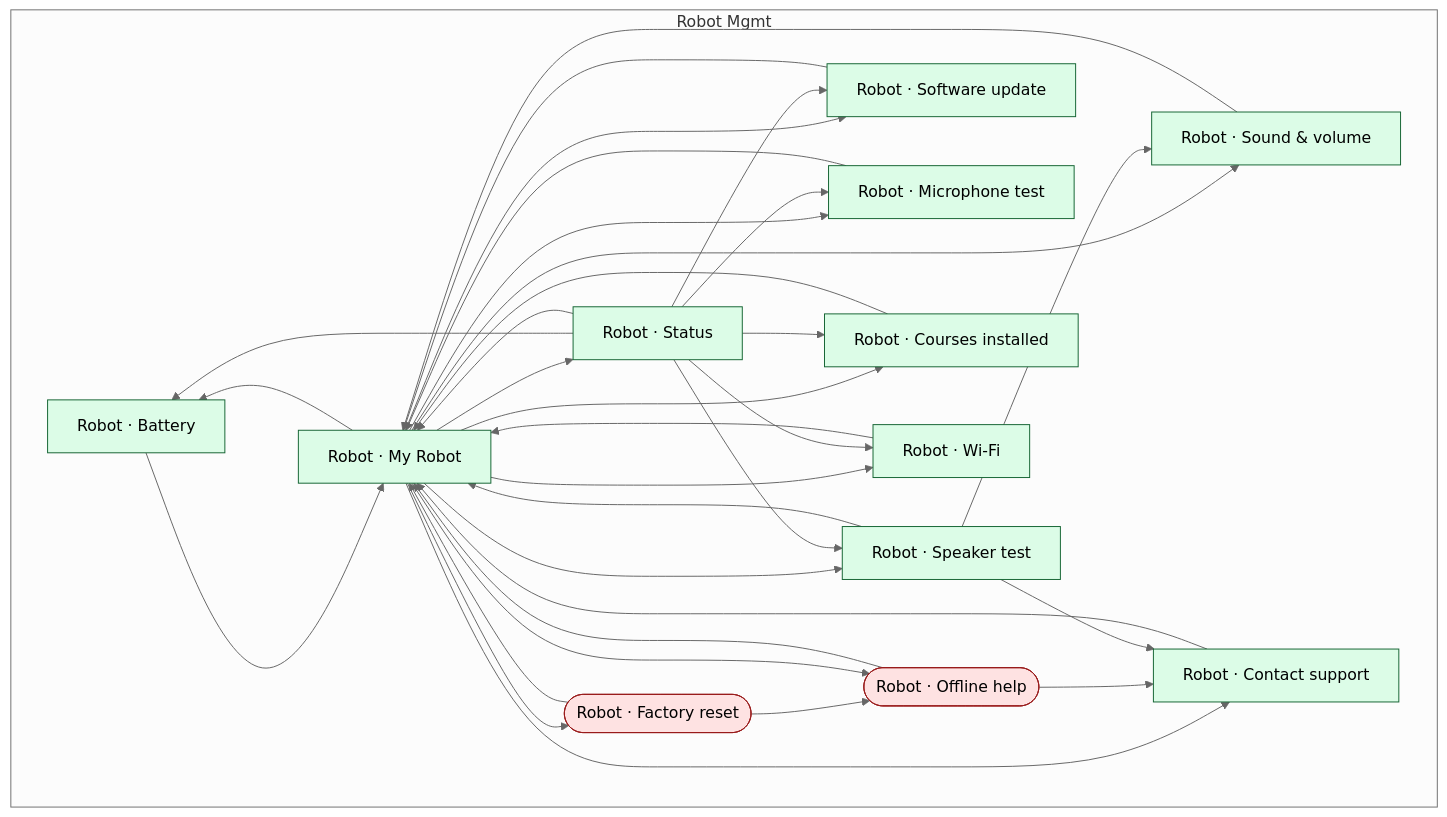
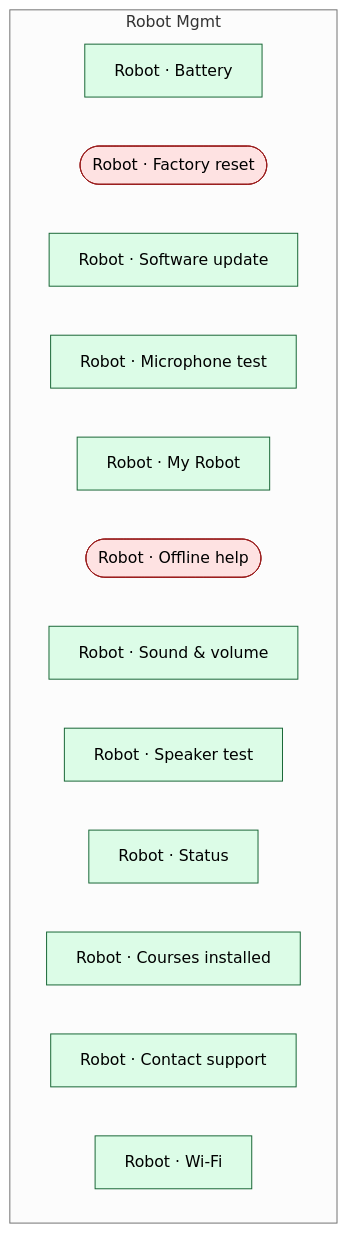
Before and after one commit to JSR-Algo/TJBOT-Mobile: the diagram in tbot-design/docs/flows/domains/robot-mgmt/flow.generated.mmd, drawn with Mermaid (neutral theme). The commit also changed 945 other files, not shown here.

```diff
--- a/tbot-design/docs/flows/domains/robot-mgmt/flow.generated.mmd
+++ b/tbot-design/docs/flows/domains/robot-mgmt/flow.generated.mmd
@@ -1,57 +1,21 @@
-%% GENERATED FROM nav-graph-data.json sha=a64610b0bee3. Do not edit by hand.
+%% GENERATED FROM nav-graph-data.json sha=99252d49ba12. Do not edit by hand.
 %% domain: robot-mgmt
 flowchart TD
   classDef happy fill:#dcfce7,stroke:#166534
   classDef edge  fill:#fee2e2,stroke:#991b1b
   subgraph Robot_Mgmt["Robot Mgmt"]
     rm_battery["Robot · Battery"]
     rm_factory(["Robot · Factory reset"])
     rm_firmware["Robot · Software update"]
     rm_mic_test["Robot · Microphone test"]
     rm_my_robot["Robot · My Robot"]
     rm_offline_help(["Robot · Offline help"])
     rm_sound["Robot · Sound & volume"]
     rm_speaker_test["Robot · Speaker test"]
     rm_status["Robot · Status"]
     rm_storage["Robot · Courses installed"]
     rm_support["Robot · Contact support"]
     rm_wifi["Robot · Wi-Fi"]
   end
-  rm_battery --> rm_my_robot
-  rm_factory --> rm_my_robot
-  rm_factory --> rm_offline_help
-  rm_firmware --> rm_my_robot
-  rm_mic_test --> rm_my_robot
-  rm_my_robot --> rm_battery
-  rm_my_robot --> rm_factory
-  rm_my_robot --> rm_firmware
-  rm_my_robot --> rm_mic_test
-  rm_my_robot --> rm_offline_help
-  rm_my_robot --> rm_sound
-  rm_my_robot --> rm_speaker_test
-  rm_my_robot --> rm_status
-  rm_my_robot --> rm_storage
-  rm_my_robot --> rm_support
-  rm_my_robot --> rm_wifi
-  rm_offline_help --> rm_my_robot
-  rm_offline_help --> rm_support
-  rm_sound --> rm_my_robot
-  rm_speaker_test --> rm_my_robot
-  rm_speaker_test --> rm_sound
-  rm_speaker_test --> rm_support
-  rm_status --> rm_battery
-  rm_status --> rm_firmware
-  rm_status --> rm_mic_test
-  rm_status --> rm_my_robot
-  rm_status --> rm_speaker_test
-  rm_status --> rm_storage
-  rm_status --> rm_wifi
-  rm_storage --> rm_my_robot
-  rm_support --> rm_my_robot
-  rm_wifi --> rm_my_robot
   class rm_battery,rm_firmware,rm_mic_test,rm_my_robot,rm_sound,rm_speaker_test,rm_status,rm_storage,rm_support,rm_wifi happy
   class rm_factory,rm_offline_help edge
-
-%% cross-domain outbound (handled in shared/cross-domain.flow.mmd):
-%%   rm_storage -> cl_library (course-library)
-%%   rm_my_robot -> parent_settings (parent)
```
